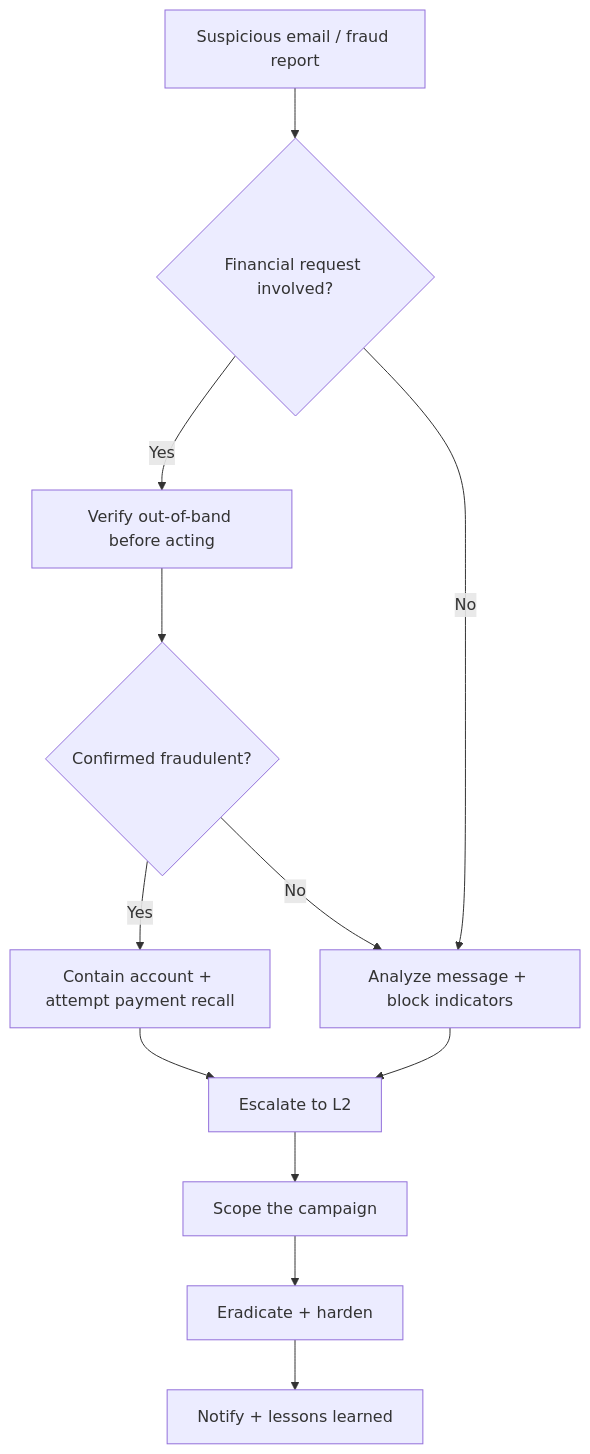
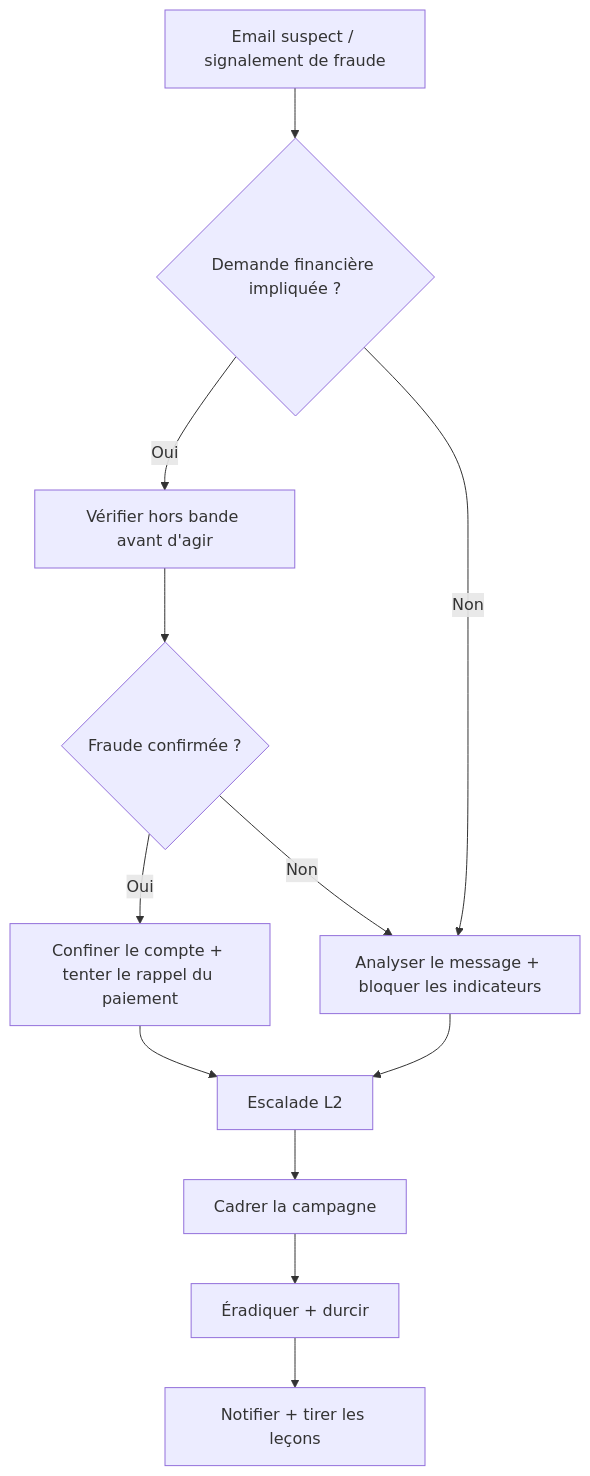
The diagram in docs/fr/runbooks/phishing-bec.md (MiracleDvm/ir-firstline), drawn with Mermaid before and after one commit. The commit also changed 11 other files, not shown here.

Commit message:
Translate Mermaid decision tree labels into French on all FR runbooks

````diff
--- a/docs/fr/runbooks/phishing-bec.md
+++ b/docs/fr/runbooks/phishing-bec.md
@@ -28,14 +28,14 @@
 ```mermaid
 flowchart TD
-    A[Suspicious email / fraud report] --> B{Financial request involved?}
-    B -->|Yes| C[Verify out-of-band before acting]
-    C --> D{Confirmed fraudulent?}
-    D -->|Yes| E[Contain account + attempt payment recall]
-    B -->|No| F[Analyze message + block indicators]
-    D -->|No| F
-    E --> G[Escalate to L2]
+    A[Email suspect / signalement de fraude] --> B{Demande financière impliquée ?}
+    B -->|Oui| C[Vérifier hors bande avant d'agir]
+    C --> D{Fraude confirmée ?}
+    D -->|Oui| E[Confiner le compte + tenter le rappel du paiement]
+    B -->|Non| F[Analyser le message + bloquer les indicateurs]
+    D -->|Non| F
+    E --> G[Escalade L2]
     F --> G
-    G --> H[Scope the campaign]
-    H --> I[Eradicate + harden]
-    I --> J[Notify + lessons learned]
+    G --> H[Cadrer la campagne]
+    H --> I[Éradiquer + durcir]
+    I --> J[Notifier + tirer les leçons]
 ```
````
